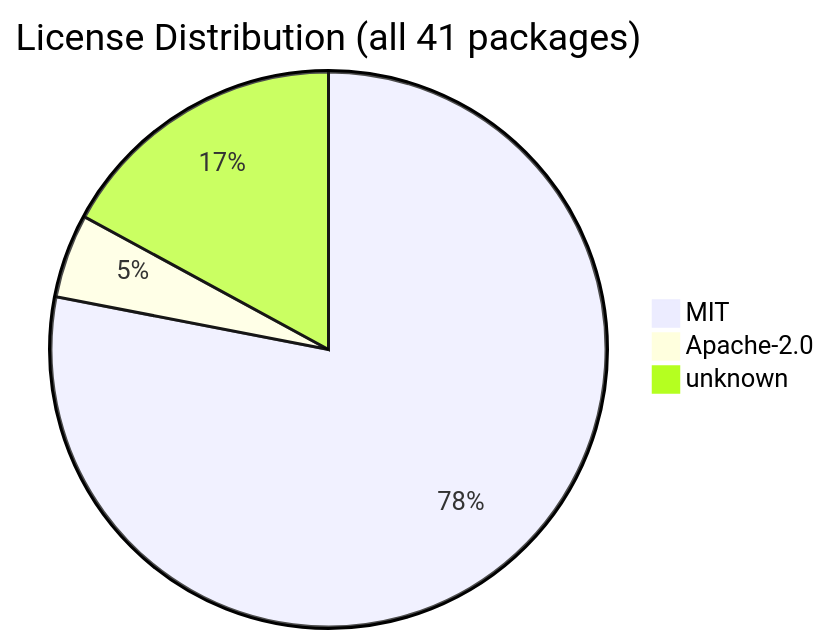
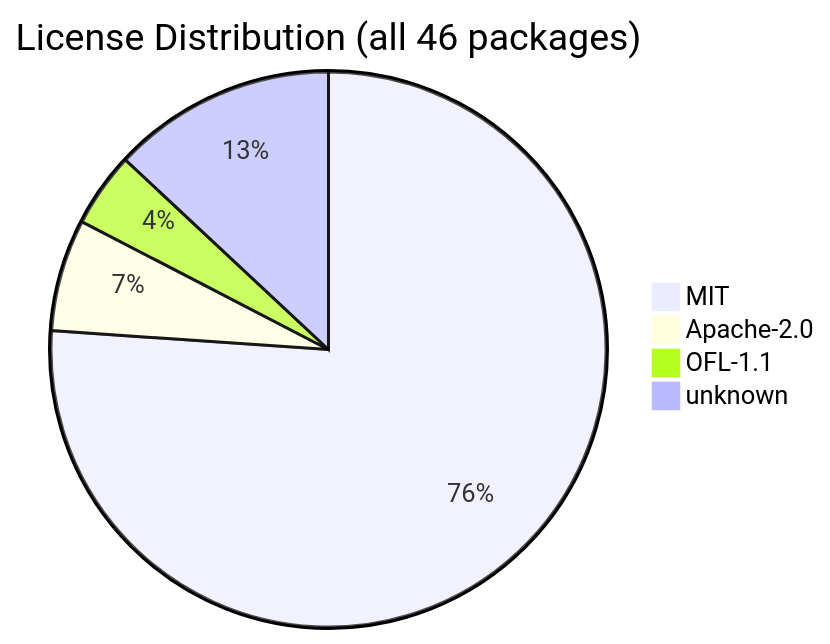
Before and after one commit to arminzaugg/wartgeld-generator-zug: the diagram in .shipwright/compliance/sbom.md, drawn with Mermaid. The commit also changed other lines of this file and 51 other files, not shown here.

````diff
--- a/.shipwright/compliance/sbom.md
+++ b/.shipwright/compliance/sbom.md
@@ -20,6 +20,7 @@
 ```mermaid
-pie title License Distribution (all 41 packages)
-    "MIT" : 32
-    "Apache-2.0" : 2
-    "unknown" : 7
+pie title License Distribution (all 46 packages)
+    "MIT" : 35
+    "Apache-2.0" : 3
+    "OFL-1.1" : 2
+    "unknown" : 6
 ```
````
